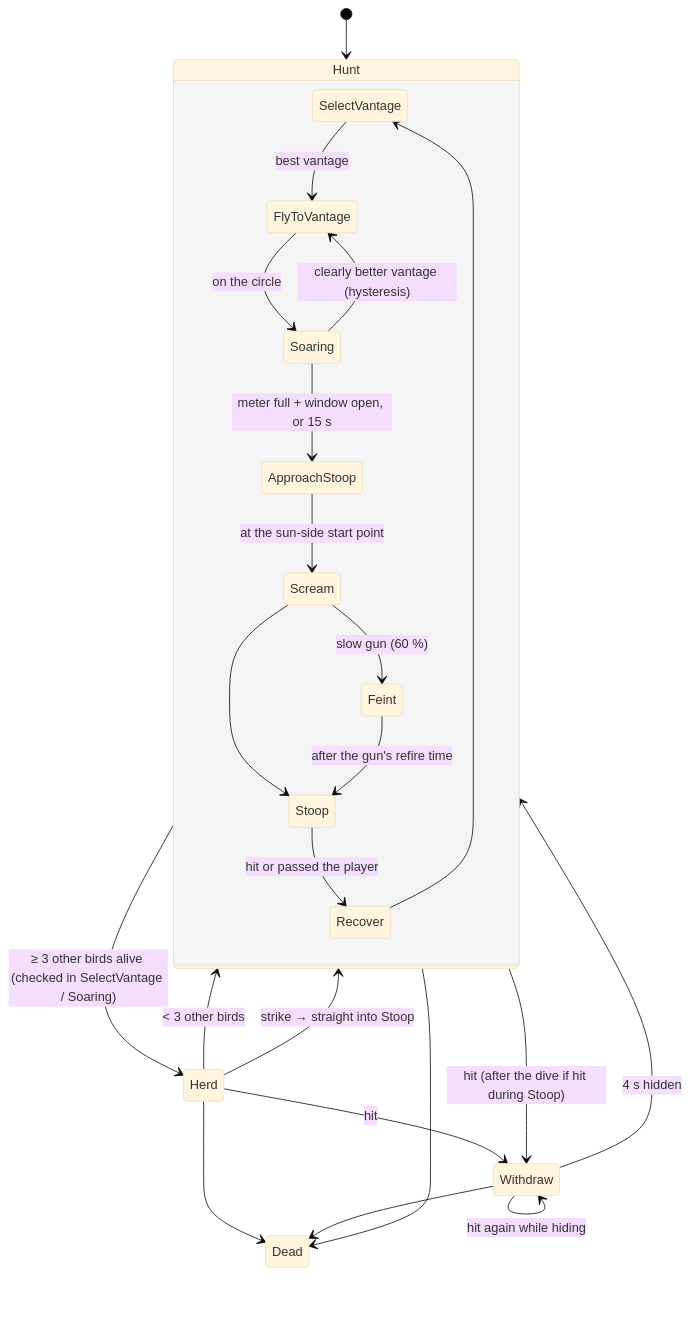
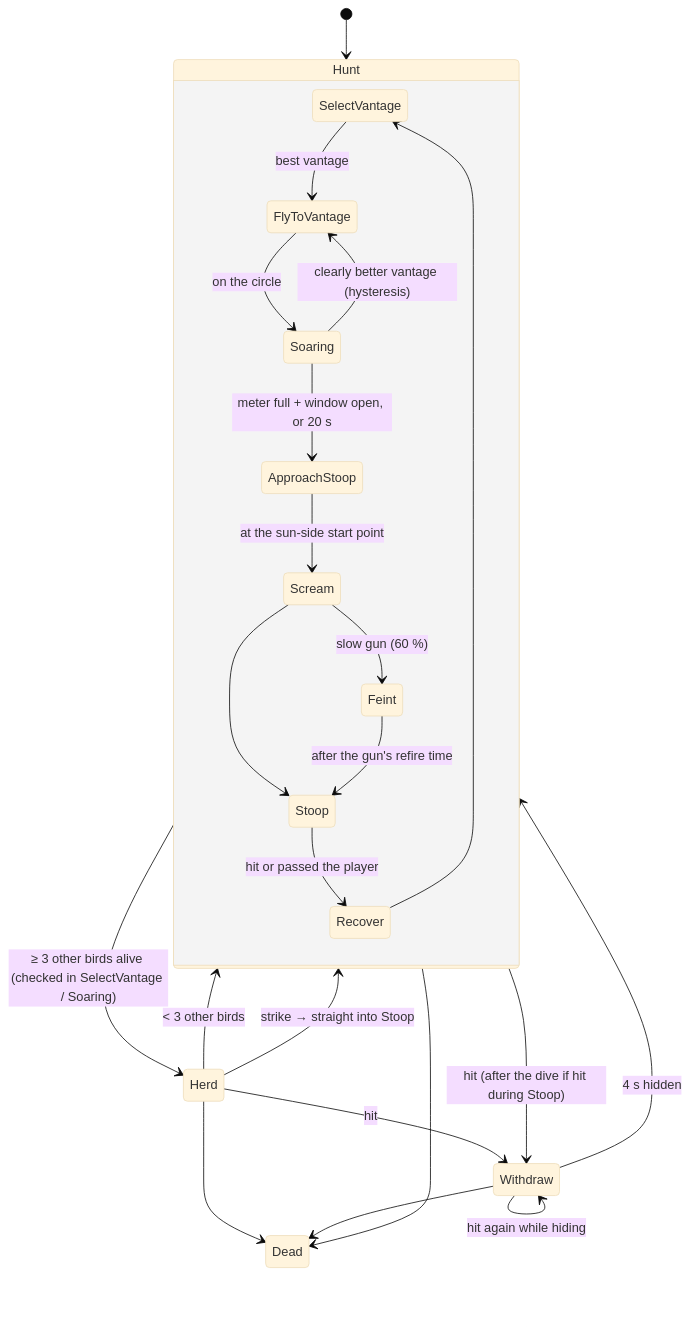
One commit to basidh20/runway-panic changed the diagram in Docs/IS/Hawk/NOTES.md. Above: the diagram before and after it, drawn with Mermaid (base theme). The commit also changed other lines of this file and 3 other files, not shown here.

````diff
--- a/Docs/IS/Hawk/NOTES.md
+++ b/Docs/IS/Hawk/NOTES.md
@@ -24,26 +24,26 @@
 ```mermaid
 stateDiagram-v2
     [*] --> Hunt
     state Hunt {
         SelectVantage --> FlyToVantage : best vantage
         FlyToVantage --> Soaring : on the circle
         Soaring --> FlyToVantage : clearly better vantage (hysteresis)
-        Soaring --> ApproachStoop : meter full + window open, or 15 s
+        Soaring --> ApproachStoop : meter full + window open, or 20 s
         ApproachStoop --> Scream : at the sun-side start point
         Scream --> Feint : slow gun (60 %)
         Scream --> Stoop
         Feint --> Stoop : after the gun's refire time
         Stoop --> Recover : hit or passed the player
         Recover --> SelectVantage
     }
     Hunt --> Herd : ≥ 3 other birds alive (checked in SelectVantage / Soaring)
     Herd --> Hunt : < 3 other birds
     Herd --> Hunt : strike → straight into Stoop
     Hunt --> Withdraw : hit (after the dive if hit during Stoop)
     Herd --> Withdraw : hit
     Withdraw --> Withdraw : hit again while hiding
     Withdraw --> Hunt : 4 s hidden
     Hunt --> Dead
     Herd --> Dead
     Withdraw --> Dead
 ```
````
